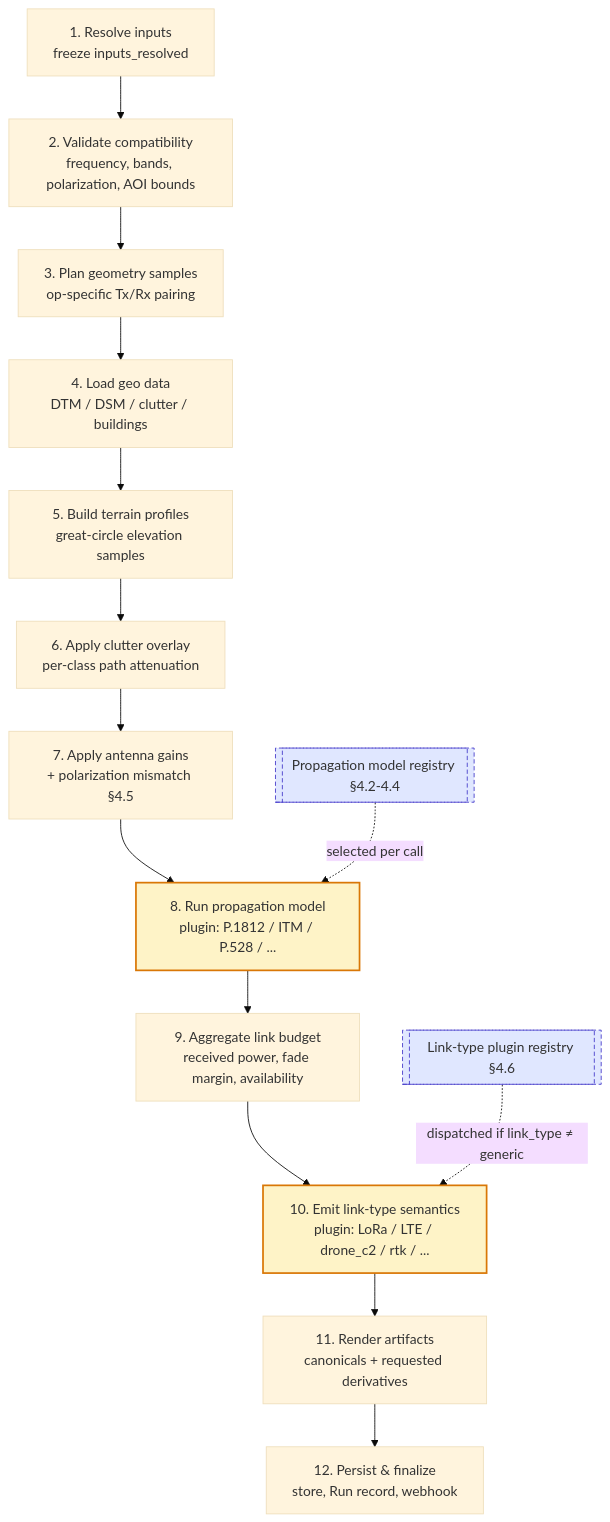
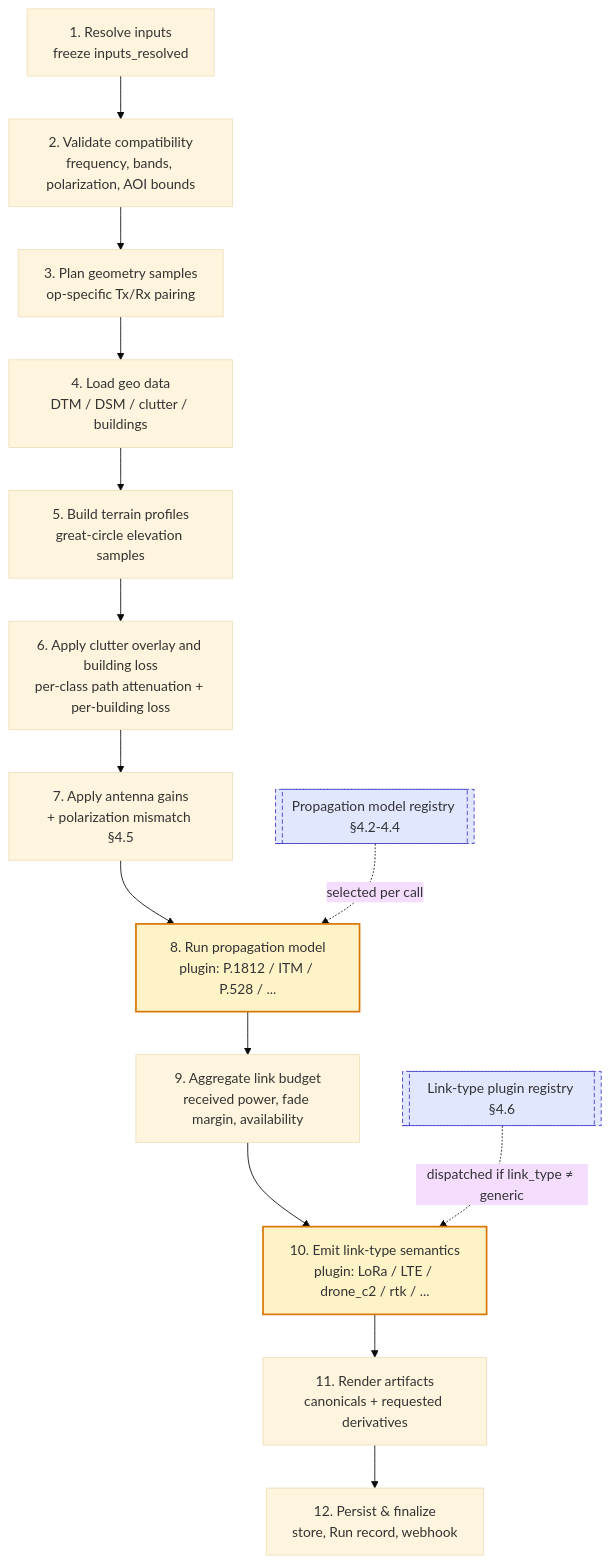
The fifth of 9 diagrams in docs/superpowers/specs/2026-04-25-rf-site-planning-api-design.md (larry-watkins-wps/RfAnalyzerAPI), drawn with Mermaid (base theme) before and after one commit. The commit also changed other lines of this file and 15 other files, not shown here.

````diff
--- a/docs/superpowers/specs/2026-04-25-rf-site-planning-api-design.md
+++ b/docs/superpowers/specs/2026-04-25-rf-site-planning-api-design.md
@@ -461,27 +465,27 @@
 ```mermaid
 flowchart TD
     S1[1. Resolve inputs<br/>freeze inputs_resolved]
     S2[2. Validate compatibility<br/>frequency, bands, polarization, AOI bounds]
     S3[3. Plan geometry samples<br/>op-specific Tx/Rx pairing]
     S4[4. Load geo data<br/>DTM / DSM / clutter / buildings]
     S5[5. Build terrain profiles<br/>great-circle elevation samples]
-    S6[6. Apply clutter overlay<br/>per-class path attenuation]
+    S6[6. Apply clutter overlay and building loss<br/>per-class path attenuation + per-building loss]
     S7[7. Apply antenna gains<br/>+ polarization mismatch §4.5]
     S8[8. Run propagation model<br/>plugin: P.1812 / ITM / P.528 / ...]
     S9[9. Aggregate link budget<br/>received power, fade margin, availability]
     S10[10. Emit link-type semantics<br/>plugin: LoRa / LTE / drone_c2 / rtk / ...]
     S11[11. Render artifacts<br/>canonicals + requested derivatives]
     S12[12. Persist & finalize<br/>store, Run record, webhook]
 
     S1 --> S2 --> S3 --> S4 --> S5 --> S6 --> S7 --> S8 --> S9 --> S10 --> S11 --> S12
 
     REG1[[Propagation model registry §4.2-4.4]]
     REG2[[Link-type plugin registry §4.6]]
     REG1 -.selected per call.-> S8
     REG2 -.dispatched if link_type ≠ generic.-> S10
 
     classDef plugin fill:#fef3c7,stroke:#d97706,stroke-width:2px;
     class S8,S10 plugin;
     classDef registry fill:#e0e7ff,stroke:#4338ca,stroke-dasharray: 5 3;
     class REG1,REG2 registry;
 ```
````
